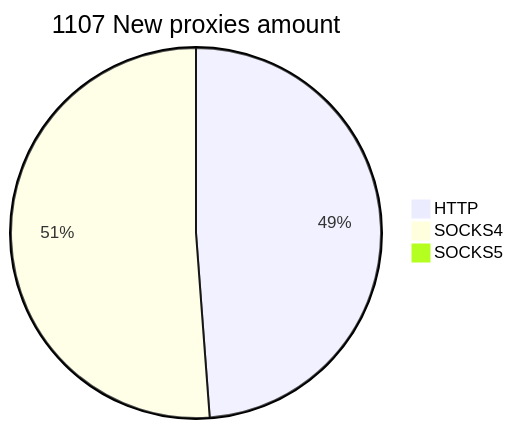
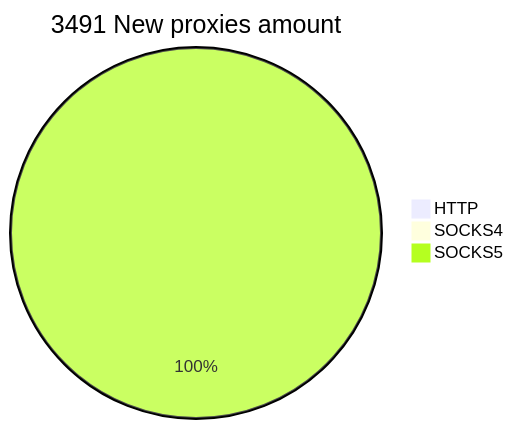
One commit to cutipu/proxylist changed the second of 2 diagrams in README.md. Above: the diagram before and after it, drawn with Mermaid. The commit also changed other lines of this file, not shown here.

````diff
--- a/README.md
+++ b/README.md
@@ -10,6 +10,6 @@
 ```mermaid
-pie title 1107 New proxies amount
-    "HTTP" : 867
-    "SOCKS4" : 909
-    "SOCKS5" : 0
+pie title 3491 New proxies amount
+    "HTTP" : 14
+    "SOCKS4" : 0
+    "SOCKS5" : 3628
 ```
````
